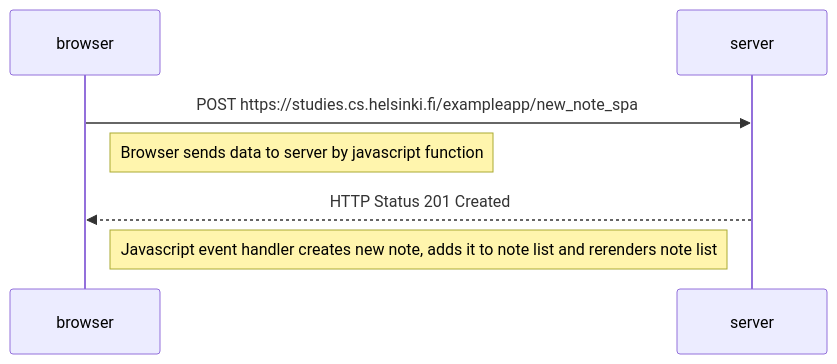
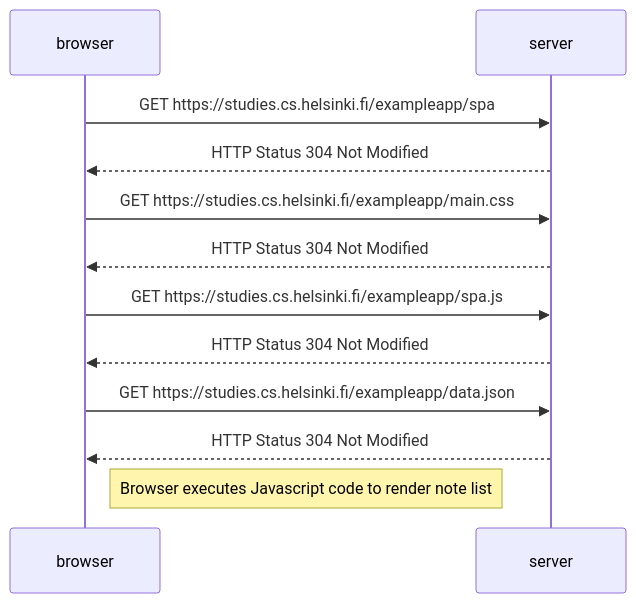
The diagram in 0.5 Single Page App Diagram.md (mulain/fullstackopen_0), drawn with Mermaid before and after one commit. The commit also changed 1 other file, not shown here.

````diff
--- a/0.5 Single Page App Diagram.md
+++ b/0.5 Single Page App Diagram.md
@@ -1,12 +1,19 @@
 ```mermaid
 sequenceDiagram
     participant browser
     participant server
 
-    browser->>server: POST https://studies.cs.helsinki.fi/exampleapp/new_note_spa
-    Note right of browser: Browser sends data to server by javascript function
+    browser->>server: GET https://studies.cs.helsinki.fi/exampleapp/spa
+    server-->>browser: HTTP Status 304 Not Modified
+
+    browser->>server: GET https://studies.cs.helsinki.fi/exampleapp/main.css
+    server-->>browser: HTTP Status 304 Not Modified
     
-    server-->>browser: HTTP Status 201 Created
+    browser->>server: GET https://studies.cs.helsinki.fi/exampleapp/spa.js
+    server-->>browser: HTTP Status 304 Not Modified
 
-    Note right of browser: Javascript event handler creates new note, adds it to note list and rerenders note list
+    browser->>server: GET https://studies.cs.helsinki.fi/exampleapp/data.json
+    server-->>browser: HTTP Status 304 Not Modified
+
+    Note right of browser: Browser executes Javascript code to render note list
 ```
````
